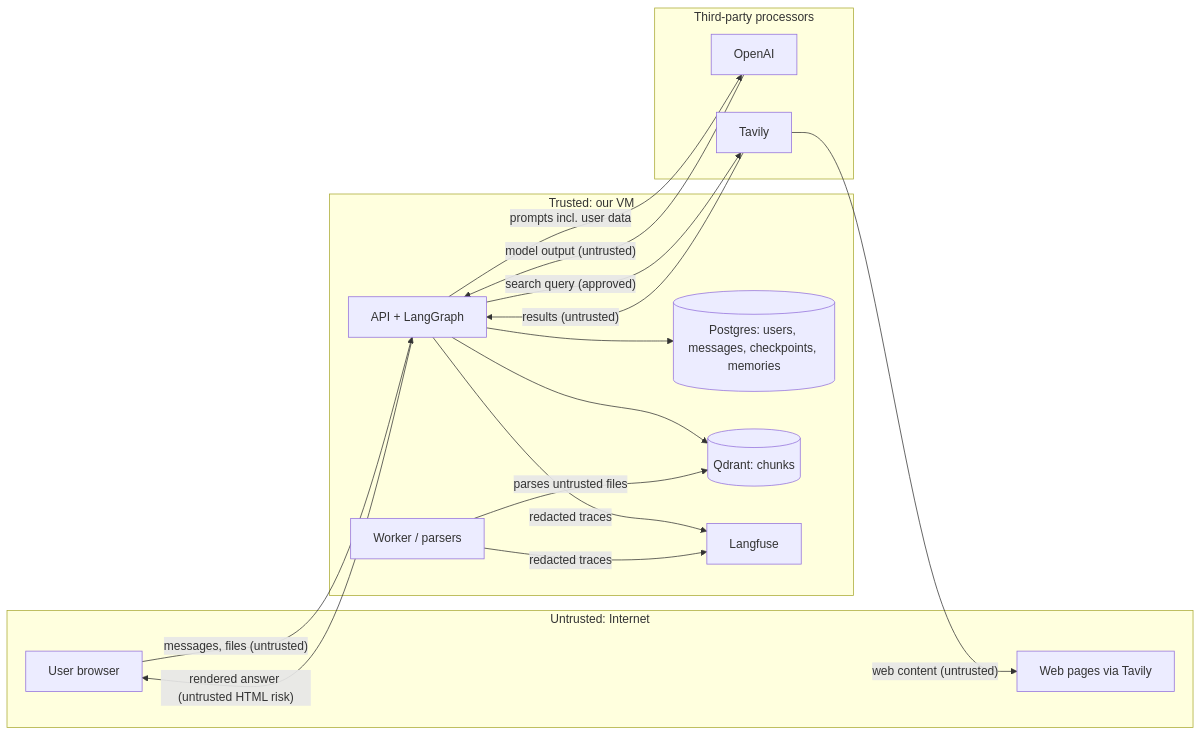
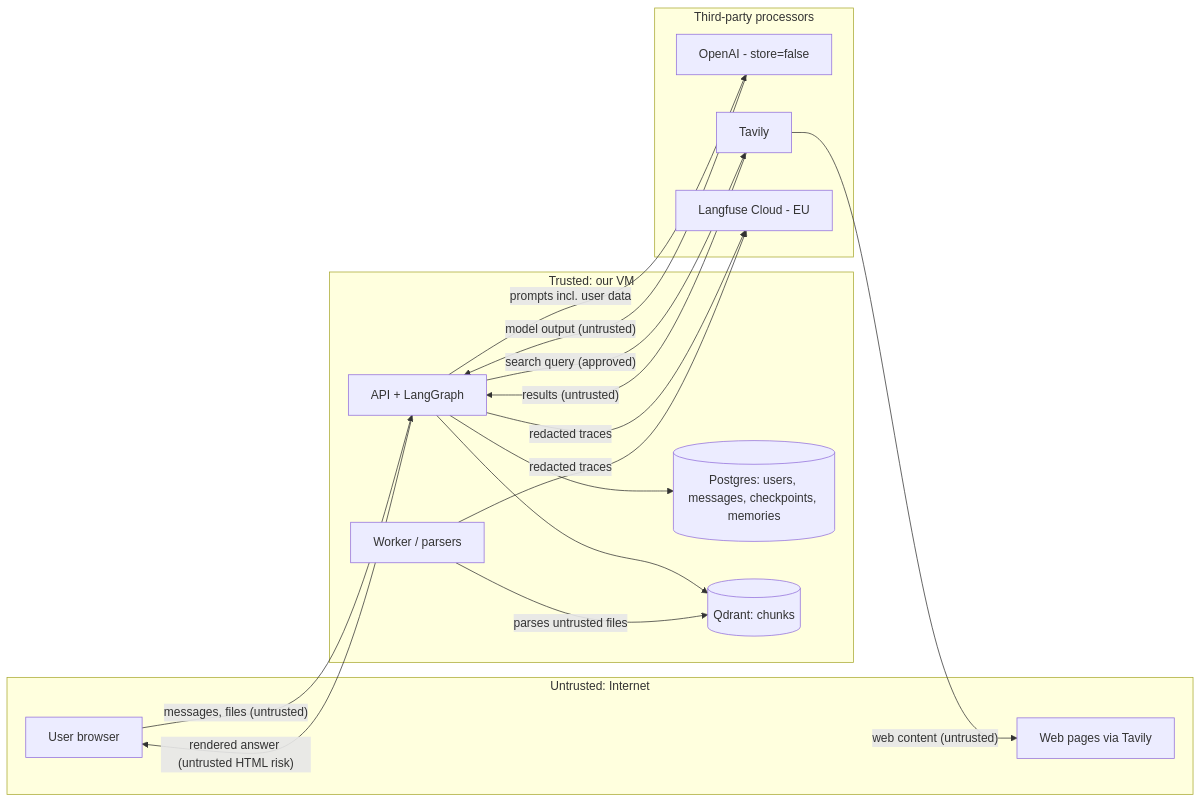
The first of 2 diagrams in docs/02_outputs/10_llm_threat_model.md (dinesh24murali/nexus-ai), drawn with Mermaid before and after one commit. The commit also changed other lines of this file and 35 other files, not shown here.

````diff
--- a/docs/02_outputs/10_llm_threat_model.md
+++ b/docs/02_outputs/10_llm_threat_model.md
@@ -11,28 +11,28 @@
 ```mermaid
 flowchart LR
   subgraph TB1["Untrusted: Internet"]
     U[User browser]
     WEB[Web pages via Tavily]
   end
   subgraph TB2["Trusted: our VM"]
     API[API + LangGraph]
     WK[Worker / parsers]
     PG[(Postgres: users, messages, checkpoints, memories)]
     QD[(Qdrant: chunks)]
-    LF[Langfuse]
   end
   subgraph TB3["Third-party processors"]
-    OAI[OpenAI]
+    OAI[OpenAI - store=false]
     TAV[Tavily]
+    LF[Langfuse Cloud - EU]
   end
   U -- "messages, files (untrusted)" --> API
   API -- "prompts incl. user data" --> OAI
   OAI -- "model output (untrusted)" --> API
   API -- "search query (approved)" --> TAV
   TAV -- "web content (untrusted)" --> WEB
   TAV -- "results (untrusted)" --> API
   API --> PG & QD
   WK -- "parses untrusted files" --> QD
   API & WK -- "redacted traces" --> LF
   API -- "rendered answer (untrusted HTML risk)" --> U
 ```
````
